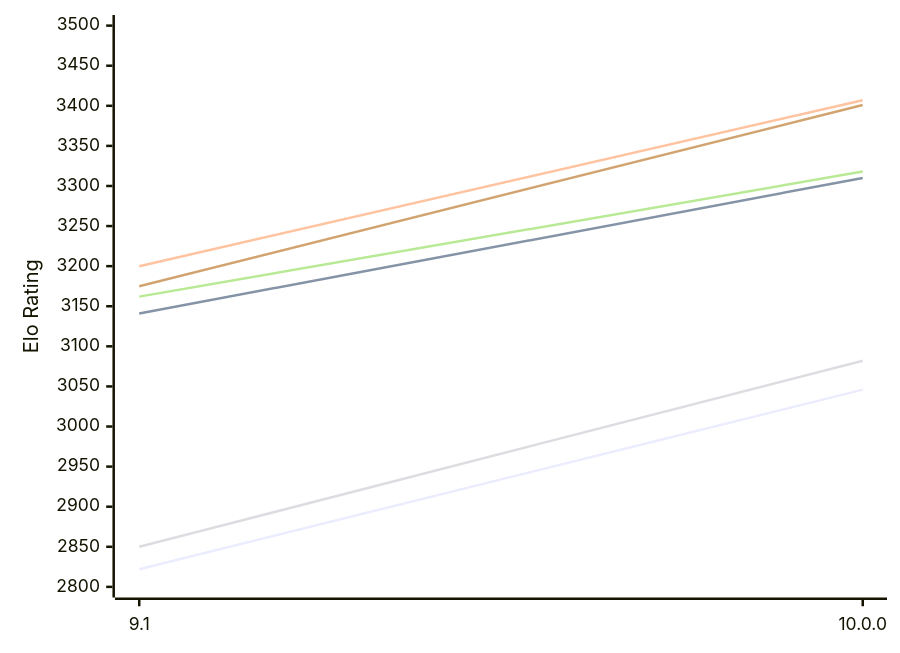
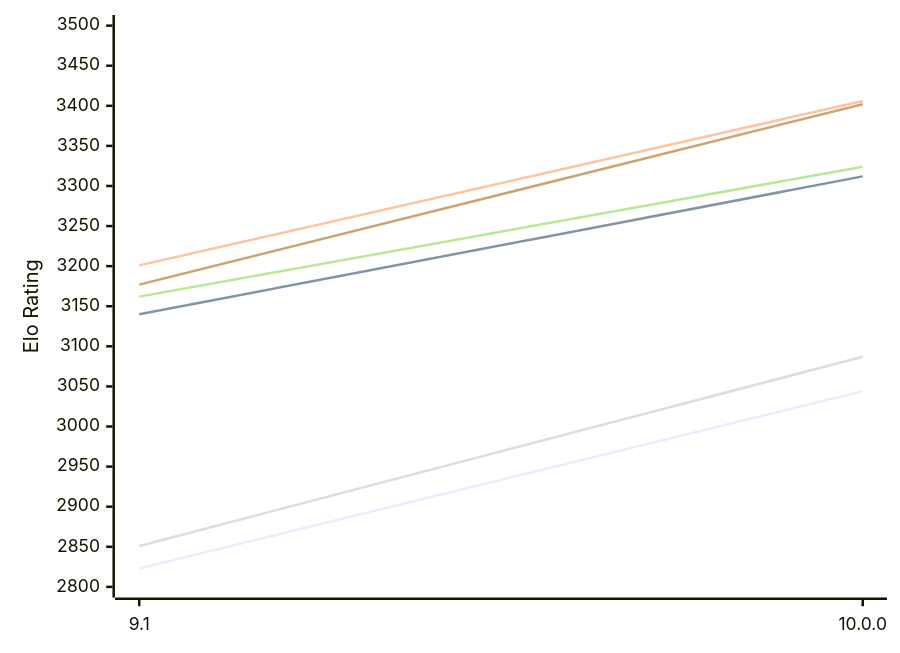
Before and after one commit to computer-chess-index/cci: the first of 2 diagrams in engines/Pea.md, drawn with Mermaid. The commit also changed other lines of this file, not shown here.

Commit message:
Update CCI Ratings (ELO VLTC) - 2026-11-27

````diff
--- a/engines/Pea.md
+++ b/engines/Pea.md
@@ -58,12 +58,12 @@
 ```mermaid
 %%{init: {"theme":"base","themeVariables":{"seriesColors:['#a3a3a3','#222221','#faa371']}}}%%
 xychart-beta
   x-axis ["9.1", "10.0.0"]
   y-axis "Elo Rating" 2800 --> 3500
-  line "E1: STC (8.0+0.08s)" [2822, 3046]
-  line "E1: LTC (60.0+0.60s)" [3141, 3310]
-  line "E1: VLTC (2m24s+1.12s)" [3200, 3407]
-  line "P1: STC (8.0+0.08s)" [2850, 3082]
-  line "P1: LTC (60.0+0.60s)" [3162, 3318]
-  line "P1: VLTC (2m24s+1.12s)" [3175, 3401]
+  line "E1: STC (8.0+0.08s)" [2823, 3044]
+  line "E1: LTC (60.0+0.60s)" [3140, 3312]
+  line "E1: VLTC (2m24s+1.12s)" [3201, 3406]
+  line "P1: STC (8.0+0.08s)" [2851, 3087]
+  line "P1: LTC (60.0+0.60s)" [3162, 3324]
+  line "P1: VLTC (2m24s+1.12s)" [3177, 3402]
 ```
````
